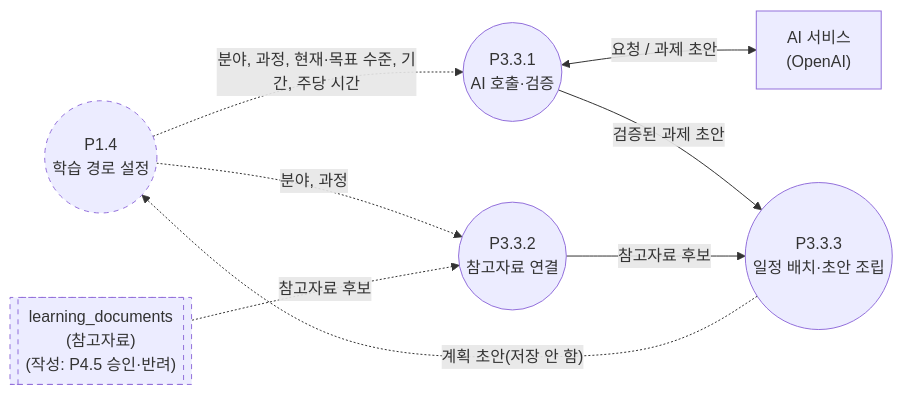
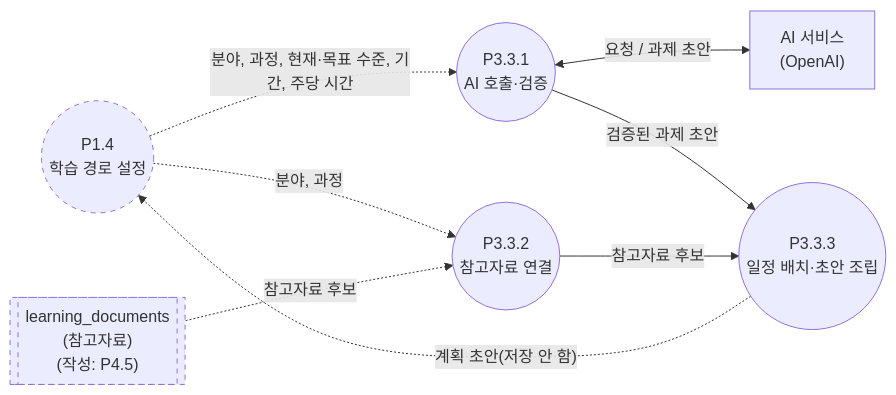
Before and after one commit to yong05610/ai-n-fprj: diagram 11 of 13 in docs/dfd_by_module.md, drawn with Mermaid. The commit also changed other lines of this file and 2 other files, not shown here.

````diff
--- a/docs/dfd_by_module.md
+++ b/docs/dfd_by_module.md
@@ -556,21 +647,21 @@
 ```mermaid
 %%{init: {"flowchart": {"curve": "basis"}}}%%
 flowchart LR
     X14(("P1.4<br/>학습 경로 설정"))
     AIS["AI 서비스<br/>(OpenAI)"]
     P331(("P3.3.1<br/>AI 호출·검증"))
     P332(("P3.3.2<br/>참고자료 연결"))
     P333(("P3.3.3<br/>일정 배치·초안 조립"))
-    DLD[["learning_documents<br/>(참고자료)<br/>(작성: P4.5 승인·반려)"]]
+    DLD[["learning_documents<br/>(참고자료)<br/>(작성: P4.5)"]]
 
     X14 -.->|"분야, 과정, 현재·목표 수준, 기간, 주당 시간"| P331
     X14 -.->|"분야, 과정"| P332
     P331 <-->|"요청 / 과제 초안"| AIS
     P331 -->|"검증된 과제 초안"| P333
     DLD -.->|"참고자료 후보"| P332
     P332 -->|"참고자료 후보"| P333
     P333 -.->|"계획 초안(저장 안 함)"| X14
 
     classDef ext stroke-dasharray:5 5
     class X14,DLD ext
 ```
````
